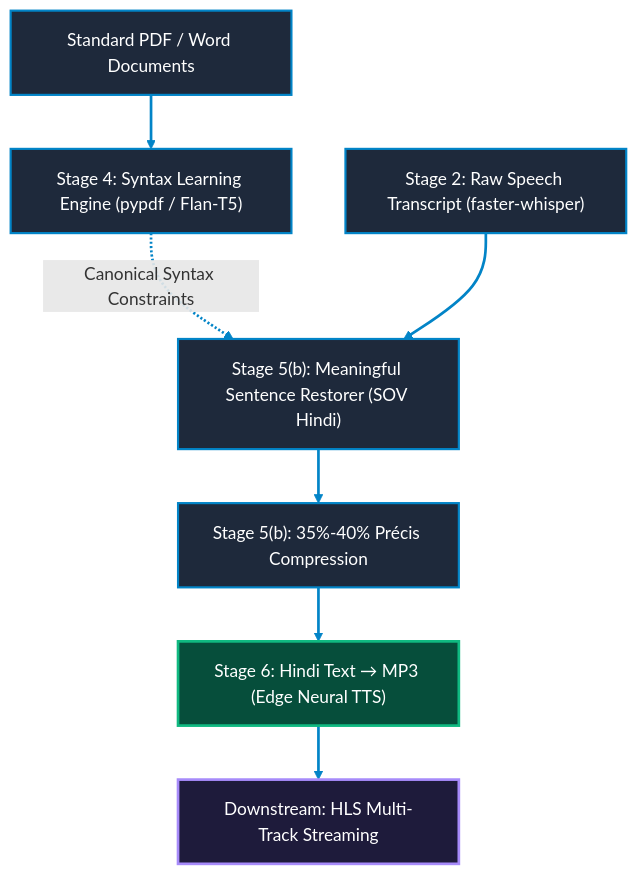
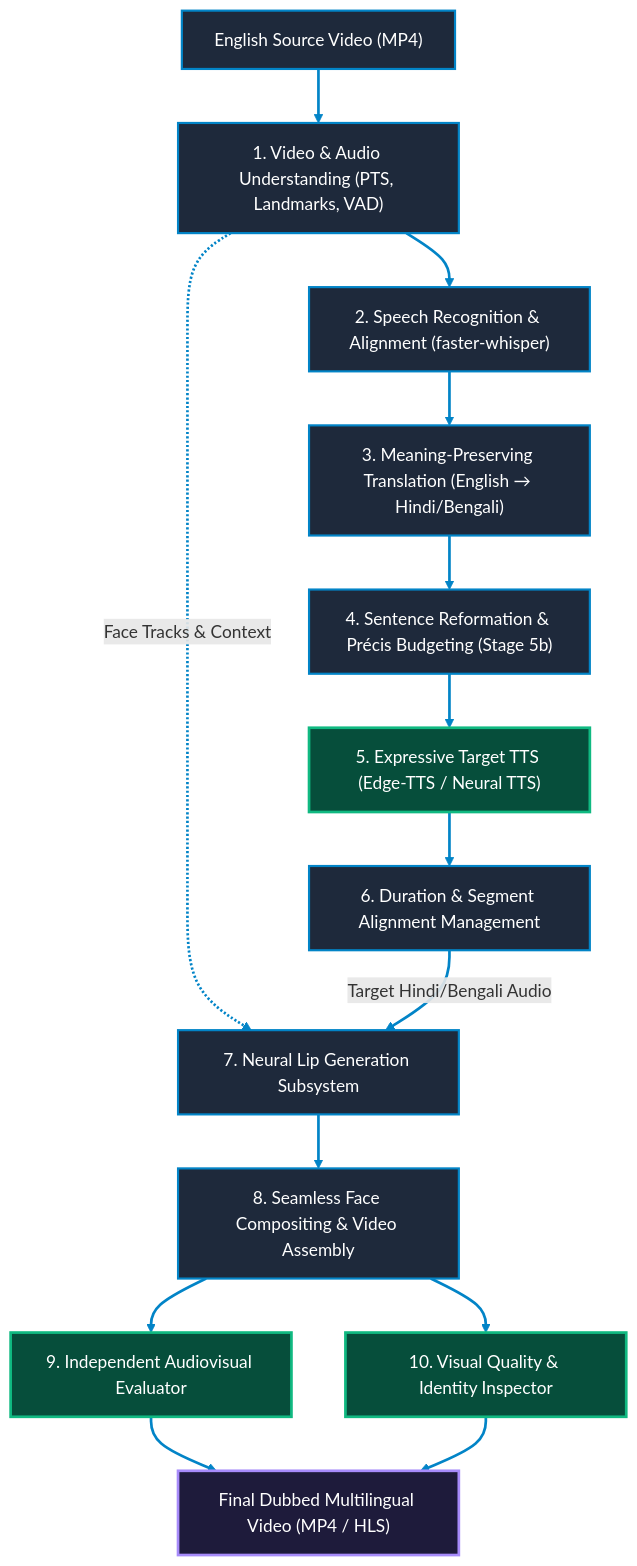
Before and after one commit to Babin123456/Nativox: the diagram in ROADMAP.md, drawn with Mermaid. The commit also changed other lines of this file, not shown here.

Commit message:
ROADMAP Update

````diff
--- a/ROADMAP.md
+++ b/ROADMAP.md
@@ -20,27 +41,27 @@
 ```mermaid
 graph TD
-    DOC["Standard PDF / Word Documents"]
-    INGEST["Stage 4: Syntax Learning Engine (pypdf / Flan-T5)"]
-    ASR_IN["Stage 2: Raw Speech Transcript (faster-whisper)"]
-    REFORM["Stage 5(b): Meaningful Sentence Restorer (SOV Hindi)"]
-    COMPRESS["Stage 5(b): 35%-40% Précis Compression"]
-    TTS["Stage 6: Hindi Text → MP3 (Edge Neural TTS)"]
-    SYNTH["Downstream: HLS Multi-Track Streaming"]
-
-    DOC --> INGEST
-    INGEST -.->|Canonical Syntax Constraints| REFORM
-    ASR_IN --> REFORM
-    REFORM --> COMPRESS
-    COMPRESS --> TTS
-    TTS --> SYNTH
+    SRC["English Source Video (MP4)"] --> PROBE["1. Video & Audio Understanding (PTS, Landmarks, VAD)"]
+    PROBE --> ASR["2. Speech Recognition & Alignment (faster-whisper)"]
+    ASR --> TRANS["3. Meaning-Preserving Translation (English → Hindi/Bengali)"]
+    TRANS --> REFORM["4. Sentence Reformation & Précis Budgeting (Stage 5b)"]
+    REFORM --> TTS["5. Expressive Target TTS (Edge-TTS / Neural TTS)"]
+    TTS --> ALIGN["6. Duration & Segment Alignment Management"]
+    
+    PROBE -.->|Face Tracks & Context| NEURAL["7. Neural Lip Generation Subsystem"]
+    ALIGN -->|Target Hindi/Bengali Audio| NEURAL
+    
+    NEURAL --> COMP["8. Seamless Face Compositing & Video Assembly"]
+    COMP --> EVAL_SYNC["9. Independent Audiovisual Evaluator"]
+    COMP --> EVAL_VIS["10. Visual Quality & Identity Inspector"]
+    EVAL_SYNC --> OUT["Final Dubbed Multilingual Video (MP4 / HLS)"]
+    EVAL_VIS --> OUT
 
     linkStyle default stroke:#0284C7,stroke-width:2.5px;
-
     classDef stageNode fill:#1E293B,stroke:#0284C7,stroke-width:2px,color:#FFFFFF;
     classDef doneNode fill:#064E3B,stroke:#10B981,stroke-width:2.5px,color:#FFFFFF;
     classDef finalNode fill:#1E1B3B,stroke:#A78BFA,stroke-width:2.5px,color:#FFFFFF;
 
-    class DOC,INGEST,ASR_IN,REFORM,COMPRESS stageNode;
-    class TTS doneNode;
-    class SYNTH finalNode;
+    class SRC,PROBE,ASR,TRANS,REFORM,ALIGN,NEURAL,COMP stageNode;
+    class TTS,EVAL_SYNC,EVAL_VIS doneNode;
+    class OUT finalNode;
 ```
````
